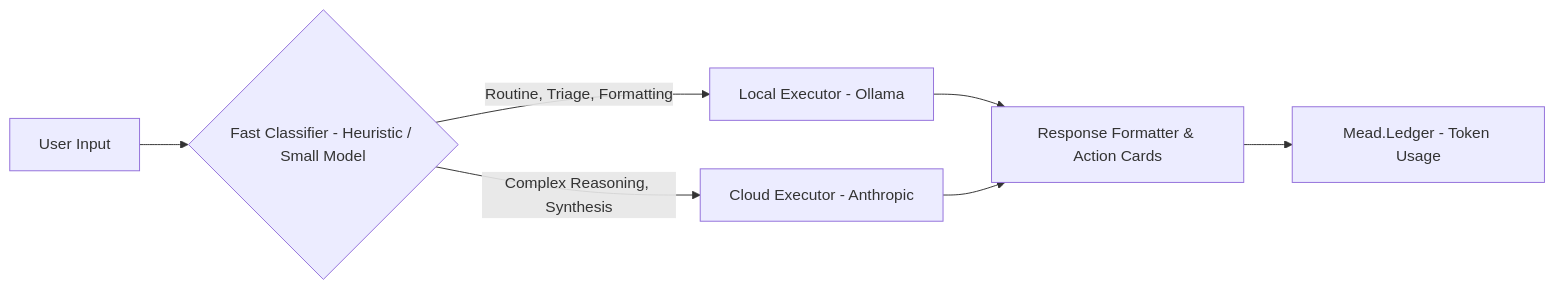
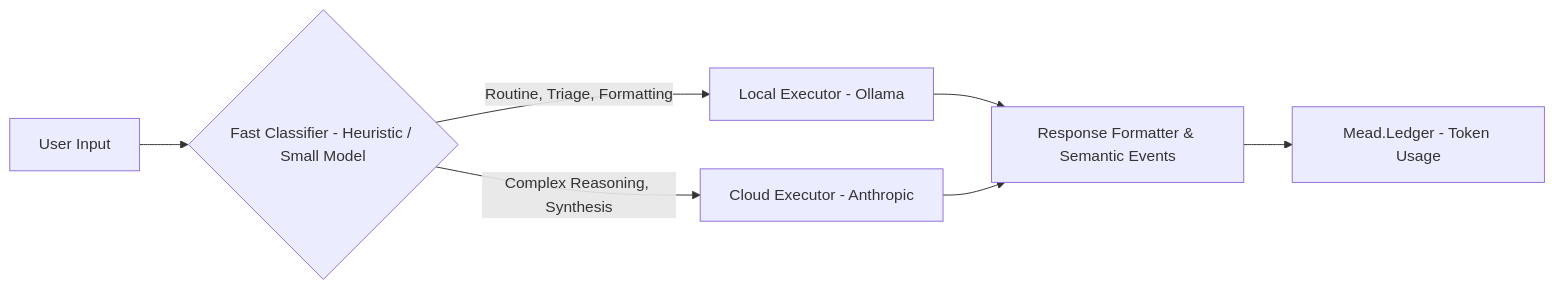
Before and after one commit to albertosca/mead: the second of 2 diagrams in docs/ARCHITECTURE.md, drawn with Mermaid.

Commit message:
Name the turn handler's output semantic events, not action cards

````diff
--- a/docs/ARCHITECTURE.md
+++ b/docs/ARCHITECTURE.md
@@ -56,9 +56,9 @@
 ```mermaid
 flowchart LR
     Msg["User Input"] --> Classifier{"Fast Classifier - Heuristic / Small Model"}
     Classifier -->|"Routine, Triage, Formatting"| LocalExec["Local Executor - Ollama"]
     Classifier -->|"Complex Reasoning, Synthesis"| CloudExec["Cloud Executor - Anthropic"]
-    LocalExec --> TurnHandler["Response Formatter & Action Cards"]
+    LocalExec --> TurnHandler["Response Formatter & Semantic Events"]
     CloudExec --> TurnHandler
     TurnHandler --> Ledger["Mead.Ledger - Token Usage"]
 ```
````
